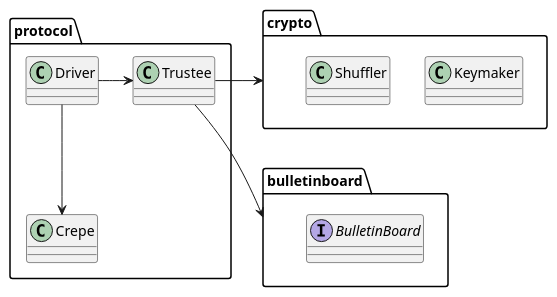
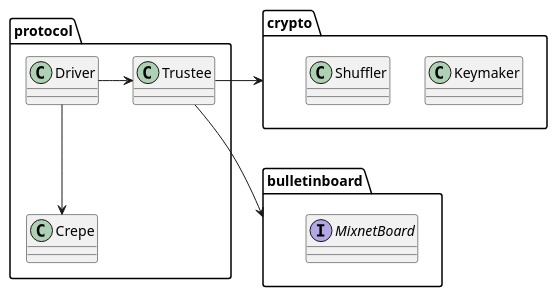
One commit to nvotes/rmx changed the diagram in doc/diagrams/protocol_class.puml. Above: the diagram before and after it, drawn with PlantUML. The commit also changed 4 other files, not shown here.

```diff
--- a/doc/diagrams/protocol_class.puml
+++ b/doc/diagrams/protocol_class.puml
@@ -1,20 +1,20 @@
 @startuml crypto
 package "crypto" {
     class Keymaker
     class Shuffler
 }
 package "bulletinboard" {
-    interface BulletinBoard
+    interface MixnetBoard
 }
 package protocol {
 
 class Driver
 class Trustee
 class Crepe
 
 Driver -> Trustee
 Driver -down-> Crepe
 Trustee -> crypto
 Trustee -down-> bulletinboard
 }
 @enduml
```
